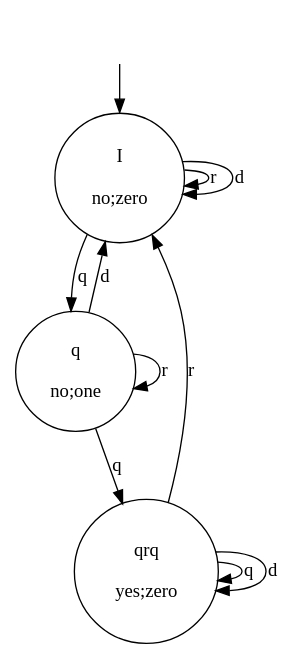
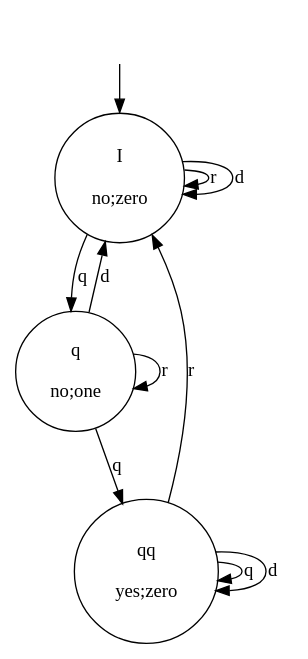
One commit to dr-aryone/microservice-lbtest changed the diagram in lbtest_wrapper/files/configuration.dot. Above: the diagram before and after it, drawn with Graphviz. The commit also changed 14 other files, not shown here.

```diff
--- a/lbtest_wrapper/files/configuration.dot
+++ b/lbtest_wrapper/files/configuration.dot
@@ -1,15 +1,15 @@
 digraph finite_state_machine{
 randir = LR
 node[shape = circle];
 a[style = "invis"];
 a->"I\n\nno;zero";
-"qrq\n\nyes;zero"->"qrq\n\nyes;zero"	[label=q];
-"qrq\n\nyes;zero"->"I\n\nno;zero"	[label=r];
-"qrq\n\nyes;zero"->"qrq\n\nyes;zero"	[label=d];
-"q\n\nno;one"->"qrq\n\nyes;zero"	[label=q];
+"qq\n\nyes;zero"->"qq\n\nyes;zero"	[label=q];
+"qq\n\nyes;zero"->"I\n\nno;zero"	[label=r];
+"qq\n\nyes;zero"->"qq\n\nyes;zero"	[label=d];
+"q\n\nno;one"->"qq\n\nyes;zero"	[label=q];
 "q\n\nno;one"->"q\n\nno;one"	[label=r];
 "q\n\nno;one"->"I\n\nno;zero"	[label=d];
 "I\n\nno;zero"->"q\n\nno;one"	[label=q];
 "I\n\nno;zero"->"I\n\nno;zero"	[label=r];
 "I\n\nno;zero"->"I\n\nno;zero"	[label=d];
 }
```
